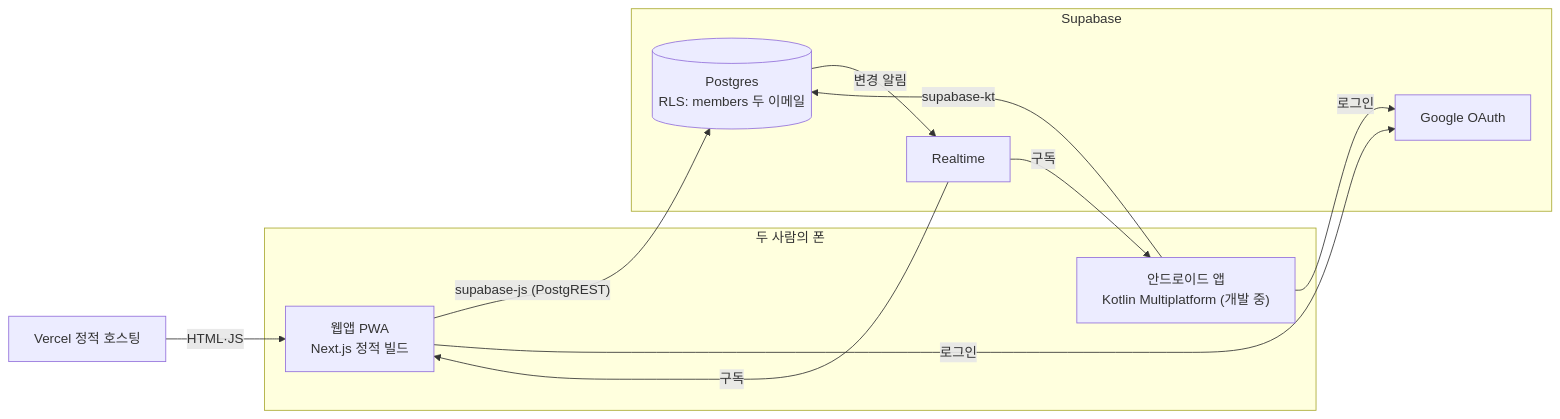
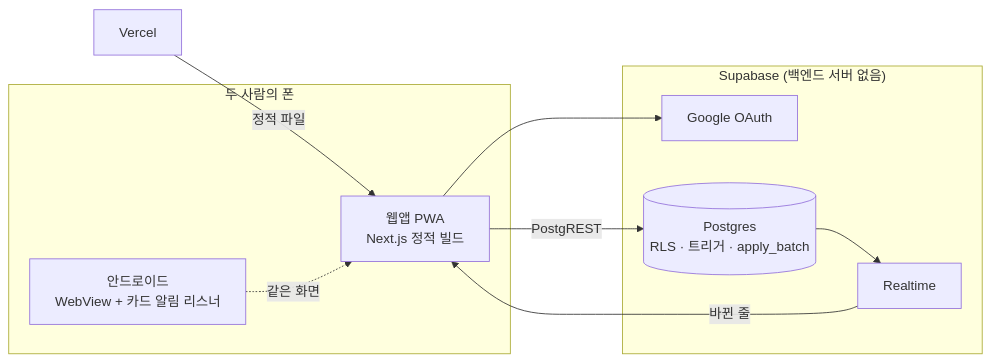
One commit to jojaden/our-money changed the second of 4 diagrams in README.md. Above: the diagram before and after it, drawn with Mermaid. The commit also changed other lines of this file and 33 other files, not shown here.

````diff
--- a/README.md
+++ b/README.md
@@ -113,20 +57,17 @@
 ```mermaid
 flowchart LR
   subgraph phone["두 사람의 폰"]
-    web["웹앱 PWA<br/>Next.js 정적 빌드"]
-    app["안드로이드 앱<br/>Kotlin Multiplatform (개발 중)"]
+    pwa["웹앱 PWA<br/>Next.js 정적 빌드"]
+    android["안드로이드<br/>WebView + 카드 알림 리스너"]
   end
-  subgraph supabase["Supabase"]
+  subgraph supa["Supabase (백엔드 서버 없음)"]
     auth["Google OAuth"]
-    db[("Postgres<br/>RLS: members 두 이메일")]
+    db[("Postgres<br/>RLS · 트리거 · apply_batch")]
     rt["Realtime"]
   end
-  vercel["Vercel 정적 호스팅"] -->|"HTML·JS"| web
-  web -->|"supabase-js (PostgREST)"| db
-  app -->|"supabase-kt"| db
-  web -->|"로그인"| auth
-  app -->|"로그인"| auth
-  db -->|"변경 알림"| rt
-  rt -->|"구독"| web
-  rt -->|"구독"| app
+  vercel["Vercel"] -->|정적 파일| pwa
+  android -.->|같은 화면| pwa
+  pwa -->|PostgREST| db
+  pwa --> auth
+  db --> rt -->|바뀐 줄| pwa
 ```
````
